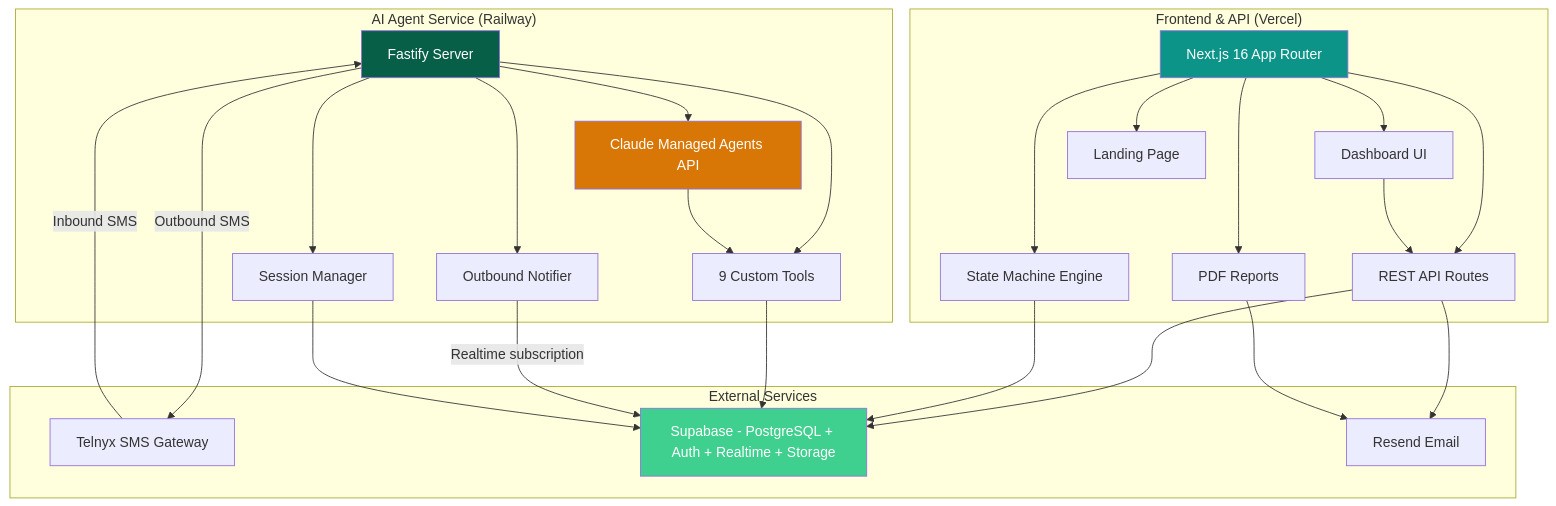
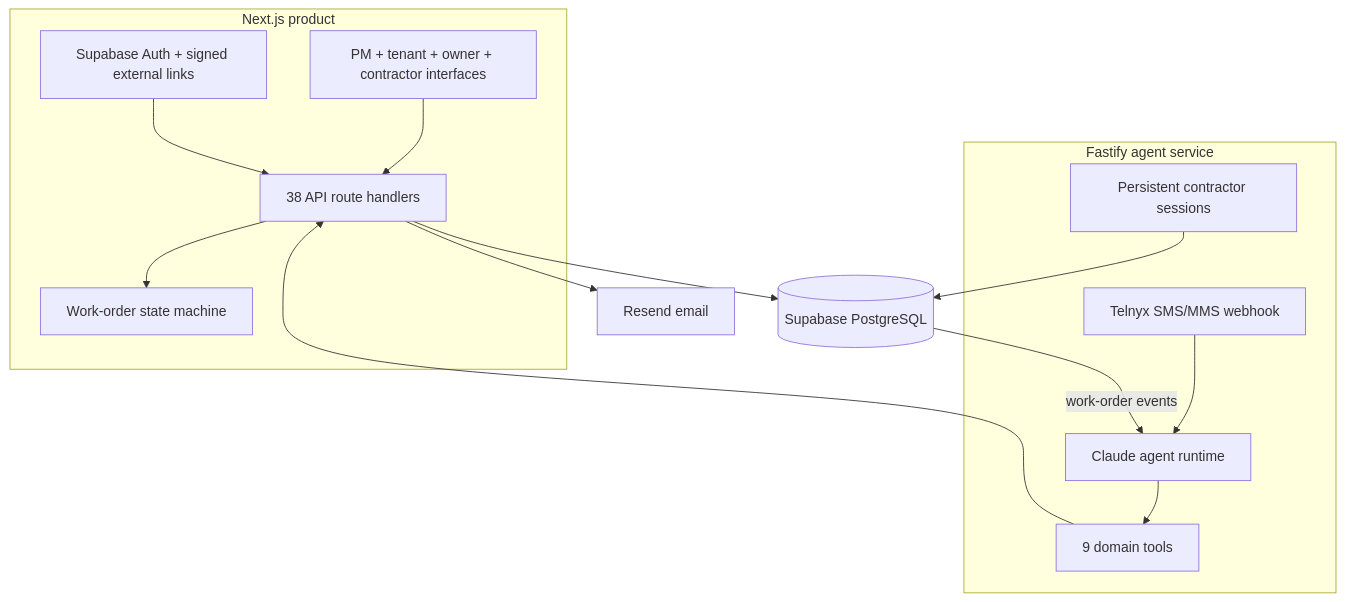
The second of 2 diagrams in README.md (Jacky040124/nestease), drawn with Mermaid before and after one commit. The commit also changed other lines of this file and 8 other files, not shown here.

````diff
--- a/README.md
+++ b/README.md
@@ -84,40 +85,30 @@
 ```mermaid
 graph TB
-    subgraph "Frontend & API (Vercel)"
-        A[Next.js 16 App Router] --> B[Dashboard UI]
-        A --> C[REST API Routes]
-        A --> D[State Machine Engine]
-        A --> E[PDF Reports]
-        A --> F[Landing Page]
+    subgraph Product[Next.js product]
+        UI[PM + tenant + owner + contractor interfaces]
+        API[38 API route handlers]
+        FSM[Work-order state machine]
+        AUTH[Supabase Auth + signed external links]
     end
 
-    subgraph "AI Agent Service (Railway)"
-        G[Fastify Server] --> H[Claude Managed Agents API]
-        G --> I[Outbound Notifier]
-        G --> J[Session Manager]
-        G --> K[9 Custom Tools]
+    subgraph Agent[Fastify agent service]
+        WEBHOOK[Telnyx SMS/MMS webhook]
+        RUNTIME[Claude agent runtime]
+        TOOLS[9 domain tools]
+        SESSIONS[Persistent contractor sessions]
     end
 
-    subgraph "External Services"
-        L[Telnyx SMS Gateway]
-        M[Supabase - PostgreSQL + Auth + Realtime + Storage]
-        N[Resend Email]
-    end
+    DB[(Supabase PostgreSQL)]
+    EMAIL[Resend email]
 
-    C --> M
-    D --> M
-    B --> C
-    L -->|Inbound SMS| G
-    G -->|Outbound SMS| L
-    H --> K
-    K --> M
-    I -->|Realtime subscription| M
-    J --> M
-    C --> N
-    E --> N
-
-    style A fill:#0D9488,color:#fff
-    style G fill:#065F46,color:#fff
-    style H fill:#D97706,color:#fff
-    style M fill:#3FCF8E,color:#fff
+    UI --> API
+    API --> FSM
+    API --> DB
+    API --> EMAIL
+    WEBHOOK --> RUNTIME
+    RUNTIME --> TOOLS
+    TOOLS --> API
+    SESSIONS --> DB
+    DB -->|work-order events| RUNTIME
+    AUTH --> API
 ```
````
